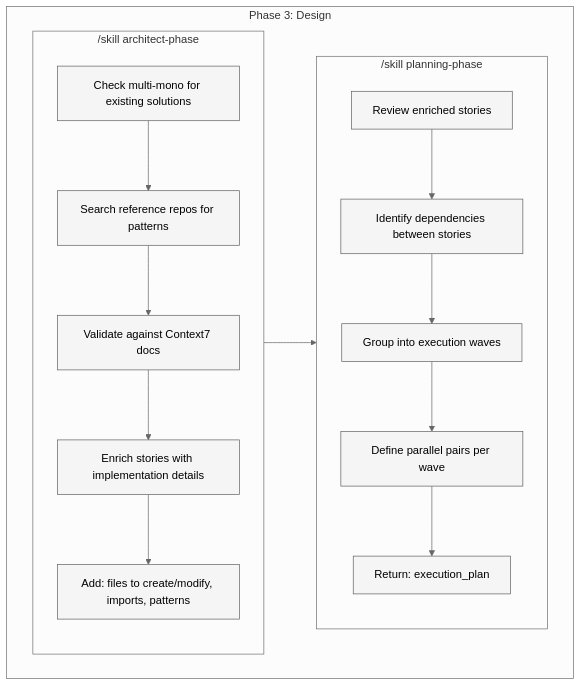
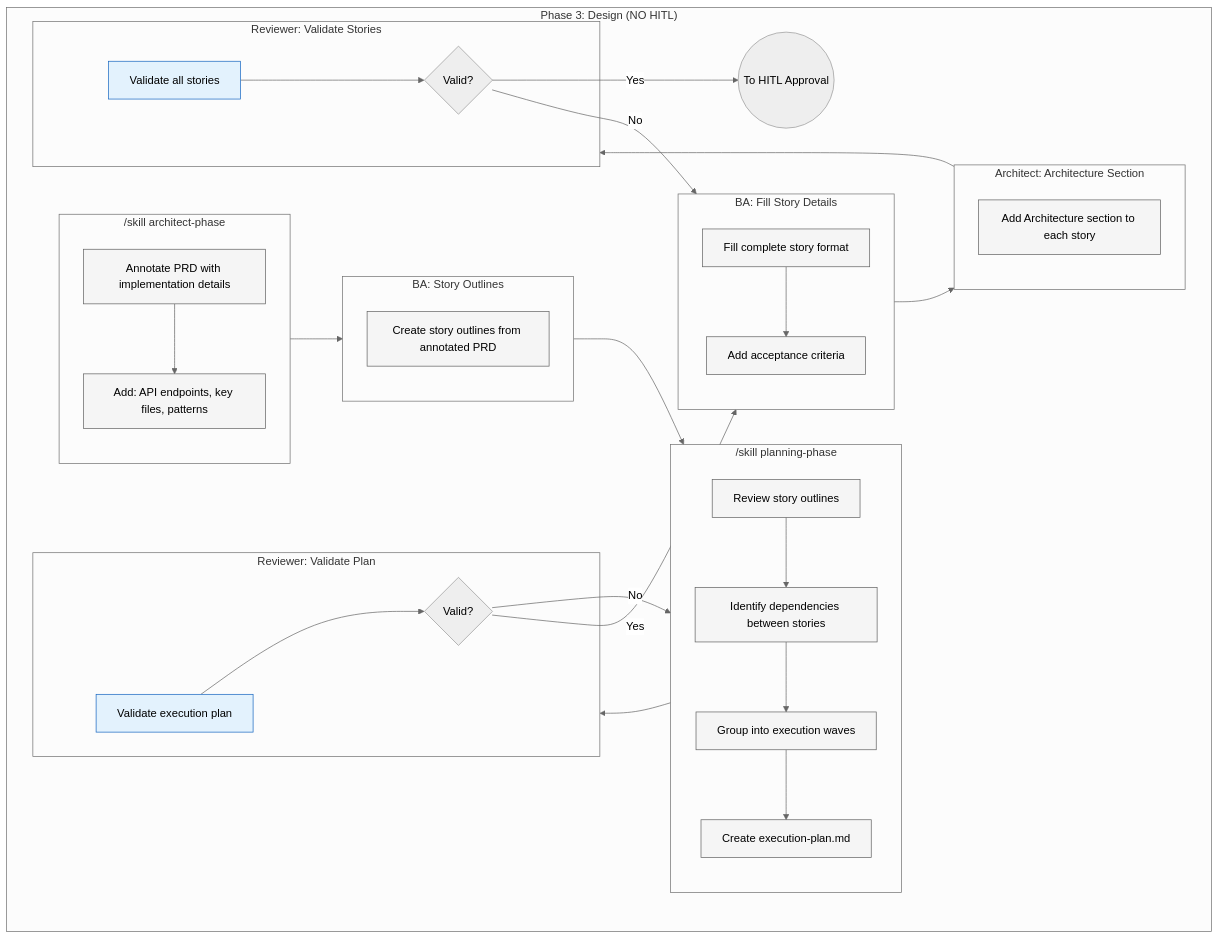
Before and after one commit to metasaver/metasaver-marketplace: the fourth of 9 diagrams in docs/architecture/build-command-target-state.md, drawn with Mermaid (neutral theme). The commit also changed other lines of this file and 21 other files, not shown here.

First line of the commit message:
feat: Refactor user story and execution plan structure

````diff
--- a/docs/architecture/build-command-target-state.md
+++ b/docs/architecture/build-command-target-state.md
@@ -172,27 +163,54 @@
 ```mermaid
 flowchart TB
     classDef skill fill:#fff8e1,stroke:#f57f17,stroke-width:2px
     classDef step fill:#f5f5f5,stroke:#616161,stroke-width:1px
+    classDef validate fill:#e3f2fd,stroke:#1565c0,stroke-width:1px
 
-    subgraph P3["Phase 3: Design"]
+    subgraph P3["Phase 3: Design (NO HITL)"]
         subgraph ARCH["/skill architect-phase"]
-            A1["Check multi-mono for existing solutions"]:::step
-            A2["Search reference repos for patterns"]:::step
-            A3["Validate against Context7 docs"]:::step
-            A4["Enrich stories with implementation details"]:::step
-            A5["Add: files to create/modify, imports, patterns"]:::step
-            A1 --> A2 --> A3 --> A4 --> A5
+            A1["Annotate PRD with implementation details"]:::step
+            A2["Add: API endpoints, key files, patterns"]:::step
+            A1 --> A2
         end
 
-        subgraph PLANNING["/skill planning-phase"]
-            PL1["Review enriched stories"]:::step
+        subgraph BA1["BA: Story Outlines"]
+            B1["Create story outlines from annotated PRD"]:::step
+        end
+
+        subgraph PM["/skill planning-phase"]
+            PL1["Review story outlines"]:::step
             PL2["Identify dependencies between stories"]:::step
             PL3["Group into execution waves"]:::step
-            PL4["Define parallel pairs per wave"]:::step
-            PL5["Return: execution_plan"]:::step
-            PL1 --> PL2 --> PL3 --> PL4 --> PL5
+            PL4["Create execution-plan.md"]:::step
+            PL1 --> PL2 --> PL3 --> PL4
         end
 
-        ARCH --> PLANNING
+        subgraph REV1["Reviewer: Validate Plan"]
+            V1["Validate execution plan"]:::validate
+            V2{"Valid?"}
+            V1 --> V2
+        end
+
+        subgraph BA2["BA: Fill Story Details"]
+            B2["Fill complete story format"]:::step
+            B3["Add acceptance criteria"]:::step
+            B2 --> B3
+        end
+
+        subgraph ARCH2["Architect: Architecture Section"]
+            A3["Add Architecture section to each story"]:::step
+        end
+
+        subgraph REV2["Reviewer: Validate Stories"]
+            V3["Validate all stories"]:::validate
+            V4{"Valid?"}
+            V3 --> V4
+        end
+
+        ARCH --> BA1 --> PM --> REV1
+        V2 -->|No| PM
+        V2 -->|Yes| BA2 --> ARCH2 --> REV2
+        V4 -->|No| BA2
+        V4 -->|Yes| OUT((To HITL Approval))
     end
 ```
````
